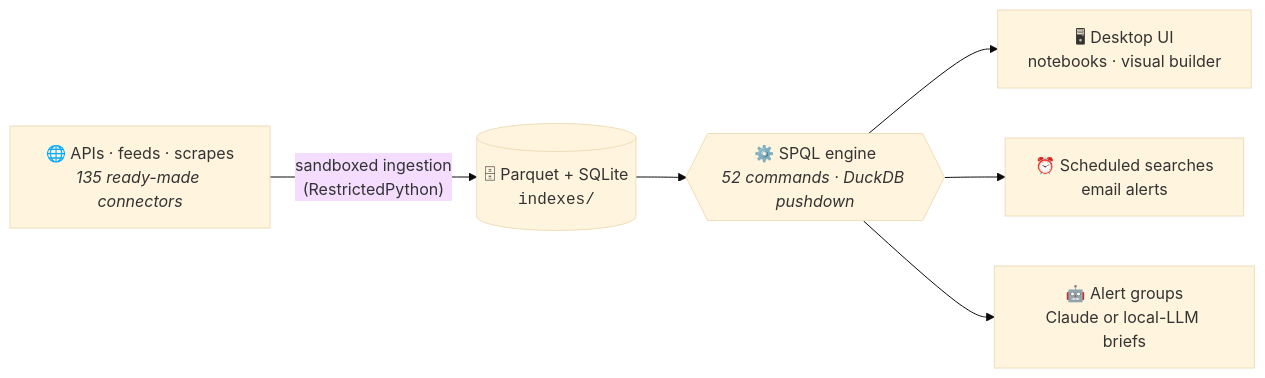
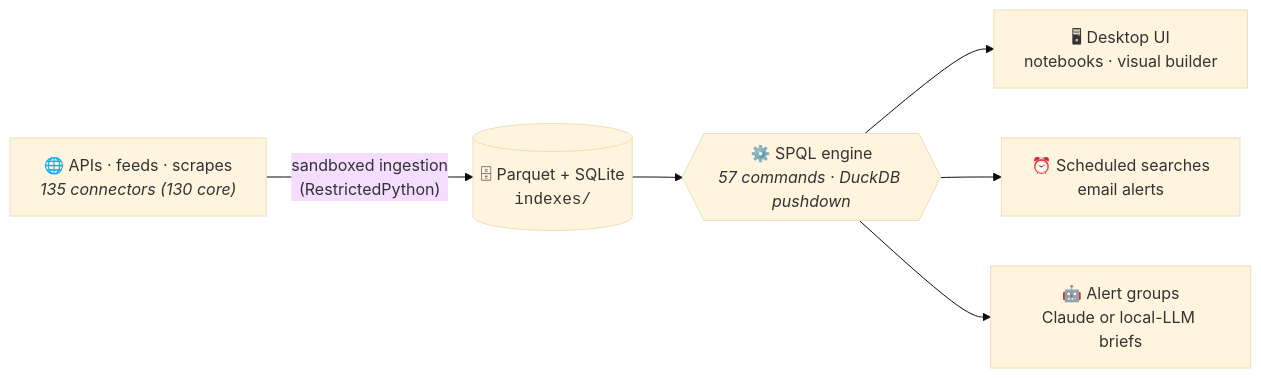
One commit to 13alvone/SpeakesQuery changed the diagram in README.md. Above: the diagram before and after it, drawn with Mermaid (base theme). The commit also changed other lines of this file and 2 other files, not shown here.

````diff
--- a/README.md
+++ b/README.md
@@ -199,8 +218,8 @@
 ```mermaid
 flowchart LR
-    A["🌐 APIs · feeds · scrapes<br/><i>135 ready-made connectors</i>"] -->|"sandboxed ingestion<br/>(RestrictedPython)"| B[("🗄 Parquet + SQLite<br/><code>indexes/</code>")]
-    B --> C{{"⚙️ SPQL engine<br/><i>52 commands · DuckDB pushdown</i>"}}
+    A["🌐 APIs · feeds · scrapes<br/><i>135 connectors (130 core)</i>"] -->|"sandboxed ingestion<br/>(RestrictedPython)"| B[("🗄 Parquet + SQLite<br/><code>indexes/</code>")]
+    B --> C{{"⚙️ SPQL engine<br/><i>57 commands · DuckDB pushdown</i>"}}
     C --> D["🖥 Desktop UI<br/>notebooks · visual builder"]
     C --> E["⏰ Scheduled searches<br/>email alerts"]
     C --> F["🤖 Alert groups<br/>Claude or local-LLM briefs"]
 ```
````
